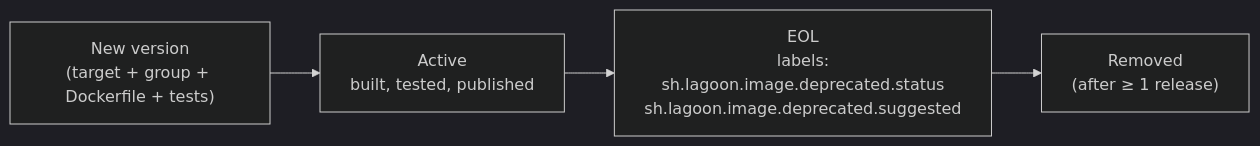
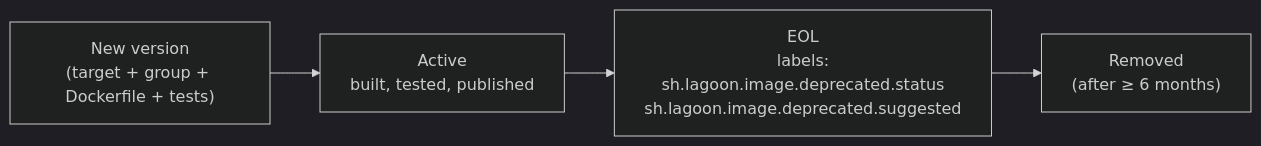
One commit to uselagoon/lagoon-images changed the fifth of 5 diagrams in architecture.md. Above: the diagram before and after it, drawn with Mermaid (dark theme). The commit also changed other lines of this file and 3 other files, not shown here.

````diff
--- a/architecture.md
+++ b/architecture.md
@@ -473,9 +473,9 @@
 ```mermaid
 flowchart LR
     new["New version<br/>(target + group + Dockerfile + tests)"]
     active["Active<br/>built, tested, published"]
     eol["EOL<br/>labels:<br/>sh.lagoon.image.deprecated.status<br/>sh.lagoon.image.deprecated.suggested"]
-    removed["Removed<br/>(after ≥ 1 release)"]
+  removed["Removed<br/>(after ≥ 6 months)"]
 
     new --> active --> eol --> removed
 ```
````
